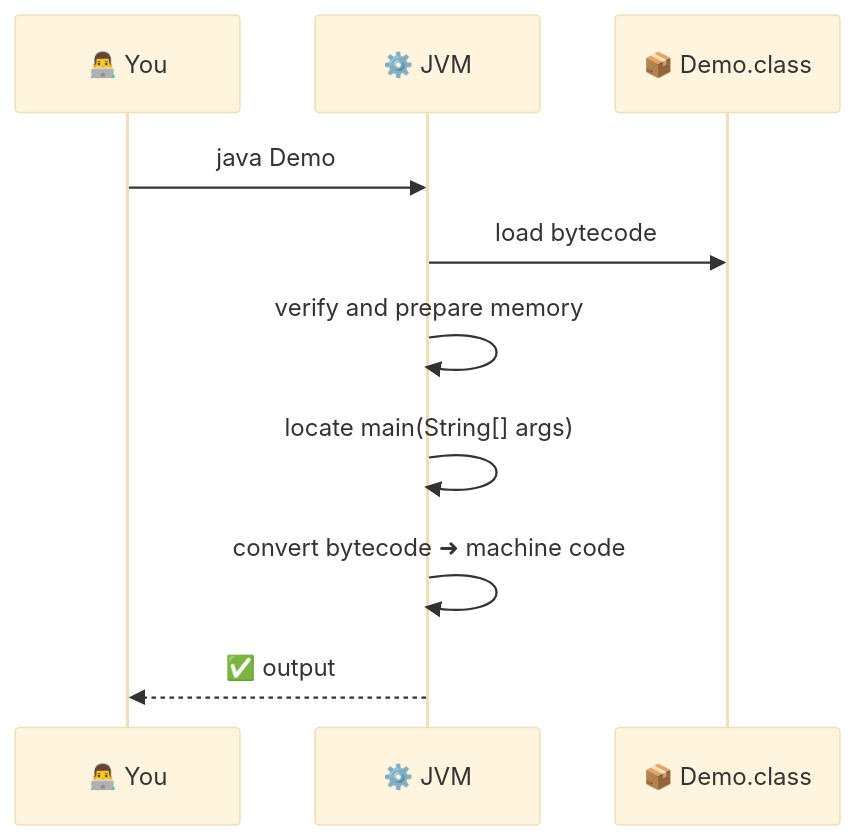
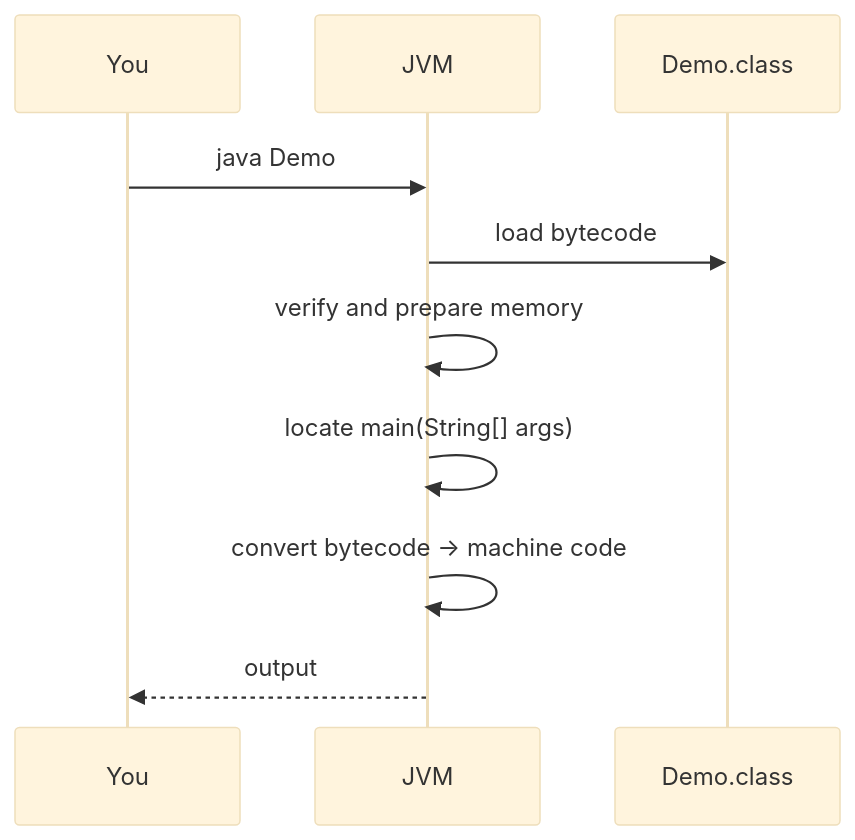
Before and after one commit to kundankumarsharma56/Leaning-Java: the diagram in src/Theory/01-Java-Introduction-and-Setup/08-Execution.md, drawn with Mermaid (base theme). The commit also changed other lines of this file and 84 other files, not shown here.

````diff
--- a/src/Theory/01-Java-Introduction-and-Setup/08-Execution.md
+++ b/src/Theory/01-Java-Introduction-and-Setup/08-Execution.md
@@ -21,12 +21,12 @@
 ```mermaid
 sequenceDiagram
-    participant U as 👨‍💻 You
-    participant J as ⚙️ JVM
-    participant C as 📦 Demo.class
+    participant U as  You
+    participant J as  JVM
+    participant C as  Demo.class
     U->>J: java Demo
     J->>C: load bytecode
     J->>J: verify and prepare memory
     J->>J: locate main(String[] args)
-    J->>J: convert bytecode ➜ machine code
-    J-->>U: ✅ output
+    J->>J: convert bytecode → machine code
+    J-->>U: output
 ```
````
